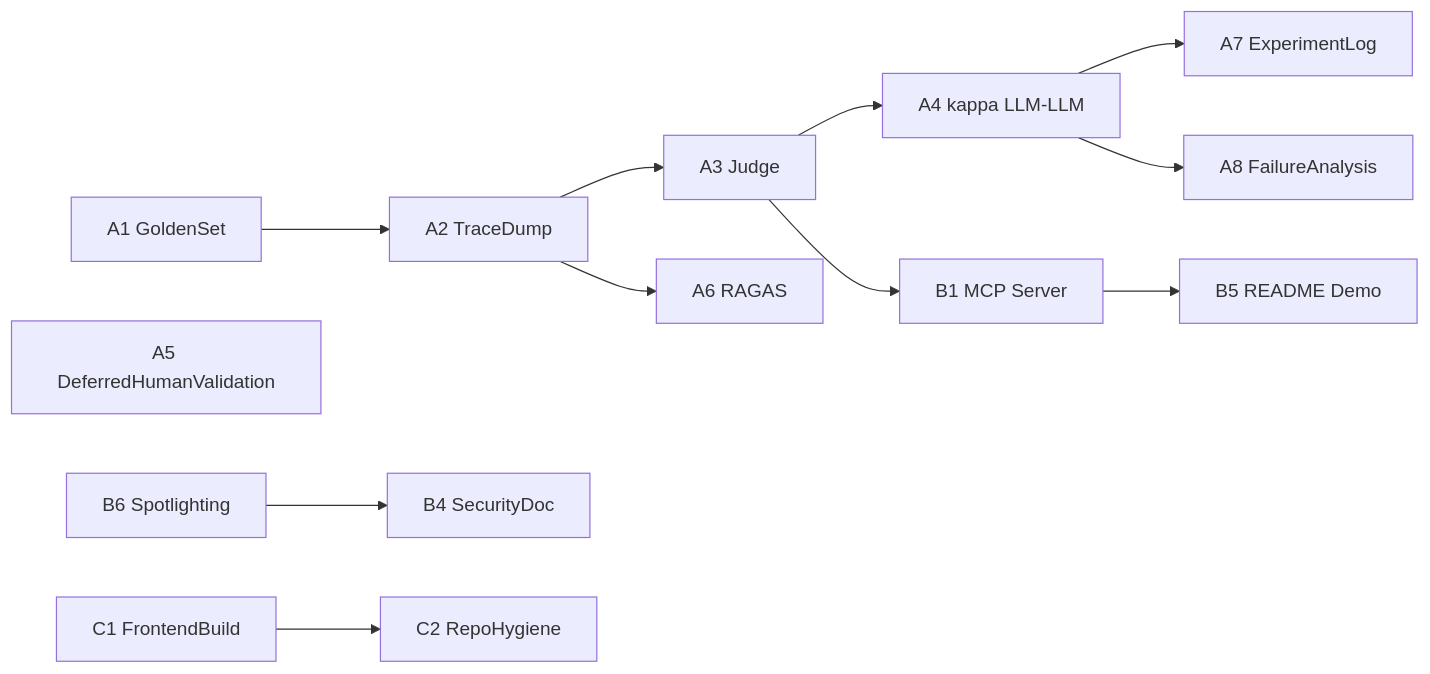
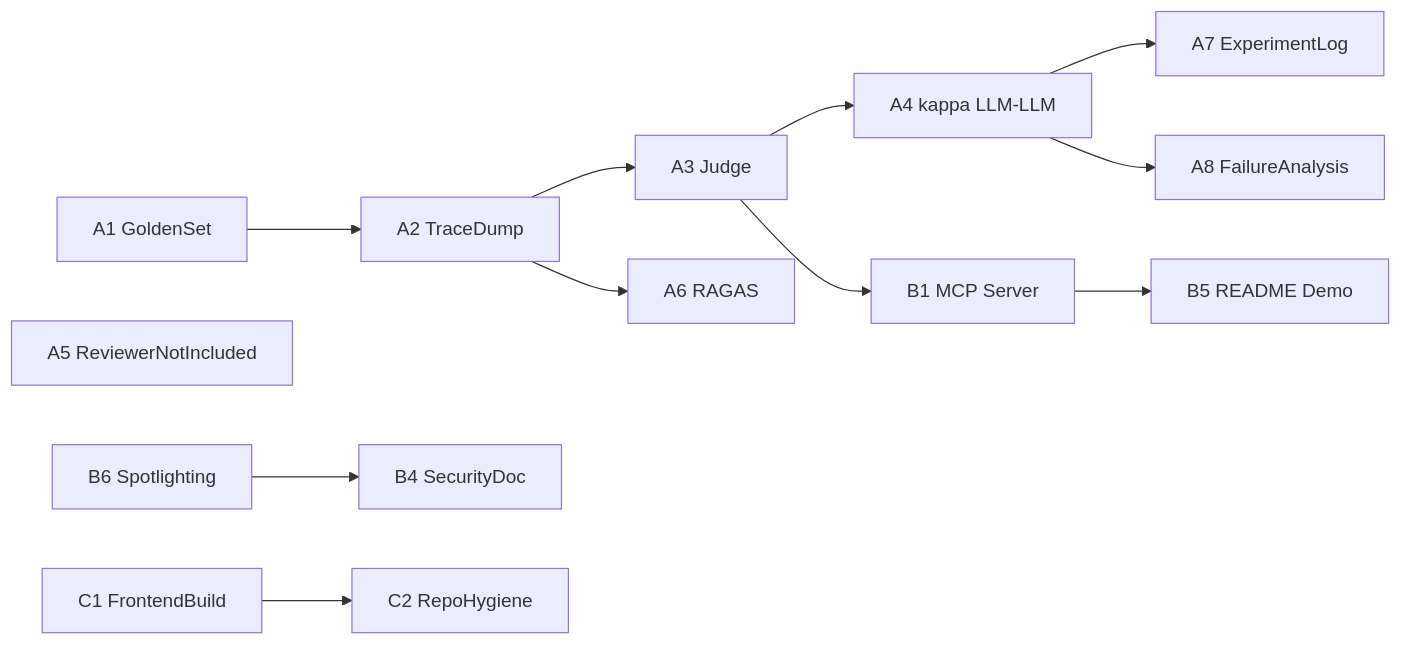
One commit to X1nzhe/Trajecta changed the diagram in docs/phase8_s18_alignment.md. Above: the diagram before and after it, drawn with Mermaid. The commit also changed other lines of this file and 9 other files, not shown here.

````diff
--- a/docs/phase8_s18_alignment.md
+++ b/docs/phase8_s18_alignment.md
@@ -780,14 +785,14 @@
 ```mermaid
 flowchart LR
   A1[A1 GoldenSet] --> A2[A2 TraceDump]
   A2 --> A3[A3 Judge]
   A3 --> A4[A4 kappa LLM-LLM]
   A4 --> A7[A7 ExperimentLog]
   A4 --> A8[A8 FailureAnalysis]
   A2 --> A6[A6 RAGAS]
-  A5[A5 DeferredHumanValidation]
+  A5[A5 ReviewerNotIncluded]
   A3 --> B1[B1 MCP Server]
   B1 --> B5[B5 README Demo]
   B6[B6 Spotlighting] --> B4[B4 SecurityDoc]
   C1[C1 FrontendBuild] --> C2[C2 RepoHygiene]
 ```
````
